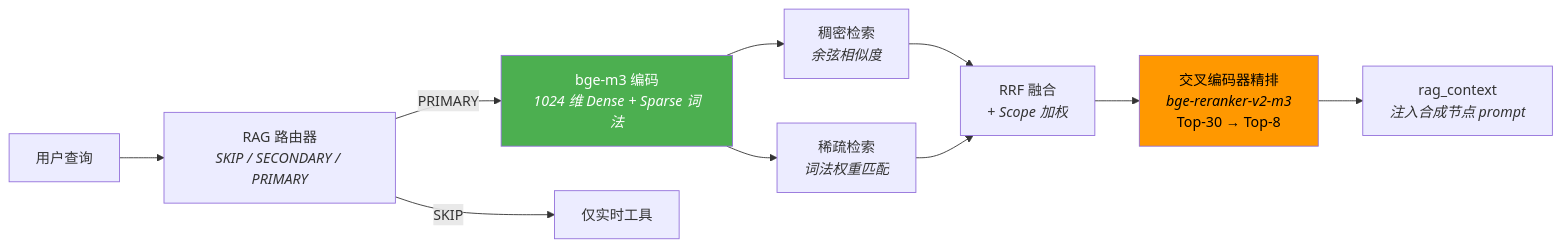
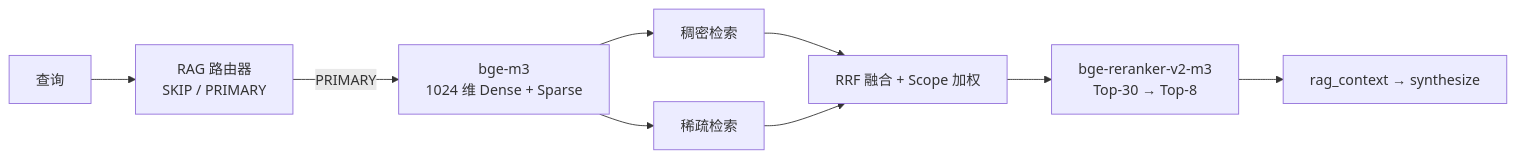
Before and after one commit to kkkano/FinSight: the third of 3 diagrams in README_CN.md, drawn with Mermaid. The commit also changed other lines of this file and 4 other files, not shown here.

````diff
--- a/README_CN.md
+++ b/README_CN.md
@@ -621,20 +278,9 @@
 ```mermaid
 flowchart LR
-    QUERY["用户查询"] --> ROUTER["RAG 路由器<br/><i>SKIP / SECONDARY / PRIMARY</i>"]
-
-    ROUTER -->|PRIMARY| EMBED["bge-m3 编码<br/><i>1024 维 Dense + Sparse 词法</i>"]
-    ROUTER -->|SKIP| LIVE["仅实时工具"]
-
-    EMBED --> DENSE["稠密检索<br/><i>余弦相似度</i>"]
-    EMBED --> SPARSE["稀疏检索<br/><i>词法权重匹配</i>"]
-
-    DENSE --> RRF["RRF 融合<br/><i>+ Scope 加权</i>"]
-    SPARSE --> RRF
-
-    RRF --> RERANK["交叉编码器精排<br/><i>bge-reranker-v2-m3</i><br/>Top-30 → Top-8"]
-
-    RERANK --> OUTPUT["rag_context<br/><i>注入合成节点 prompt</i>"]
-
-    style EMBED fill:#4caf50,color:#fff
-    style RERANK fill:#ff9800,color:#000
+    Q["查询"] --> R["RAG 路由器<br/>SKIP / PRIMARY"]
+    R -->|PRIMARY| E["bge-m3<br/>1024 维 Dense + Sparse"]
+    E --> D["稠密检索"] & S["稀疏检索"]
+    D & S --> RRF["RRF 融合 + Scope 加权"]
+    RRF --> RE["bge-reranker-v2-m3<br/>Top-30 → Top-8"]
+    RE --> OUT["rag_context → synthesize"]
 ```
````
